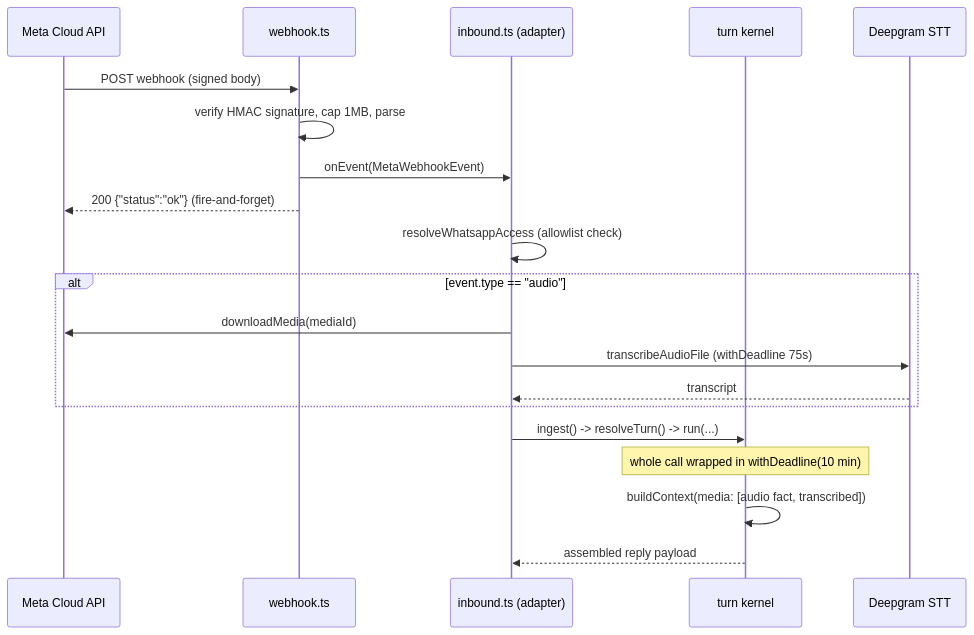
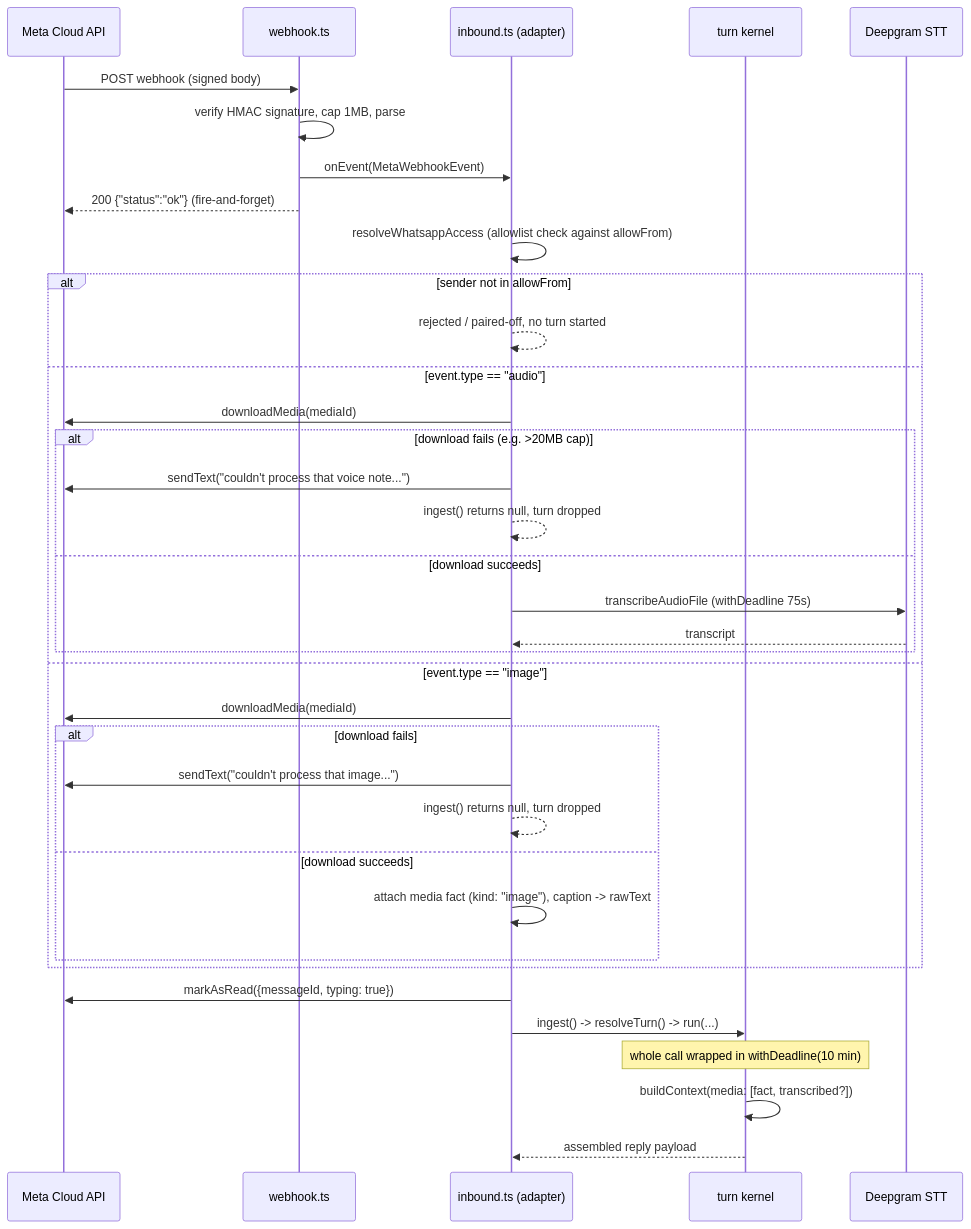
The second of 5 diagrams in ARCHITECTURE.md (shqear93/openclaw-whatsapp-cloud), drawn with Mermaid before and after one commit. The commit also changed other lines of this file, not shown here.

Commit message:
docs(architecture): reflect image ingest and download-failure handling
Sequence diagram and §2.2 text still showed audio-only inbound handling
and no allowlist-rejection branch. Update both to include the image path
and the sendText-on-download-failure behavior added in 4c3bc1a.

````diff
--- a/ARCHITECTURE.md
+++ b/ARCHITECTURE.md
@@ -180,23 +192,39 @@
 ```mermaid
 sequenceDiagram
     participant Meta as Meta Cloud API
     participant WH as webhook.ts
     participant IN as inbound.ts (adapter)
     participant TK as turn kernel
     participant DG as Deepgram STT
 
     Meta->>WH: POST webhook (signed body)
     WH->>WH: verify HMAC signature, cap 1MB, parse
     WH->>IN: onEvent(MetaWebhookEvent)
     WH-->>Meta: 200 {"status":"ok"} (fire-and-forget)
-    IN->>IN: resolveWhatsappAccess (allowlist check)
-    alt event.type == "audio"
+    IN->>IN: resolveWhatsappAccess (allowlist check against allowFrom)
+    alt sender not in allowFrom
+        IN-->>IN: rejected / paired-off, no turn started
+    else event.type == "audio"
         IN->>Meta: downloadMedia(mediaId)
-        IN->>DG: transcribeAudioFile (withDeadline 75s)
-        DG-->>IN: transcript
+        alt download fails (e.g. >20MB cap)
+            IN->>Meta: sendText("couldn't process that voice note...")
+            IN-->>IN: ingest() returns null, turn dropped
+        else download succeeds
+            IN->>DG: transcribeAudioFile (withDeadline 75s)
+            DG-->>IN: transcript
+        end
+    else event.type == "image"
+        IN->>Meta: downloadMedia(mediaId)
+        alt download fails
+            IN->>Meta: sendText("couldn't process that image...")
+            IN-->>IN: ingest() returns null, turn dropped
+        else download succeeds
+            IN->>IN: attach media fact (kind: "image"), caption -> rawText
+        end
     end
+    IN->>Meta: markAsRead({messageId, typing: true})
     IN->>TK: ingest() -> resolveTurn() -> run(...)
     Note over TK: whole call wrapped in withDeadline(10 min)
-    TK->>TK: buildContext(media: [audio fact, transcribed])
+    TK->>TK: buildContext(media: [fact, transcribed?])
     TK-->>IN: assembled reply payload
 ```
````
